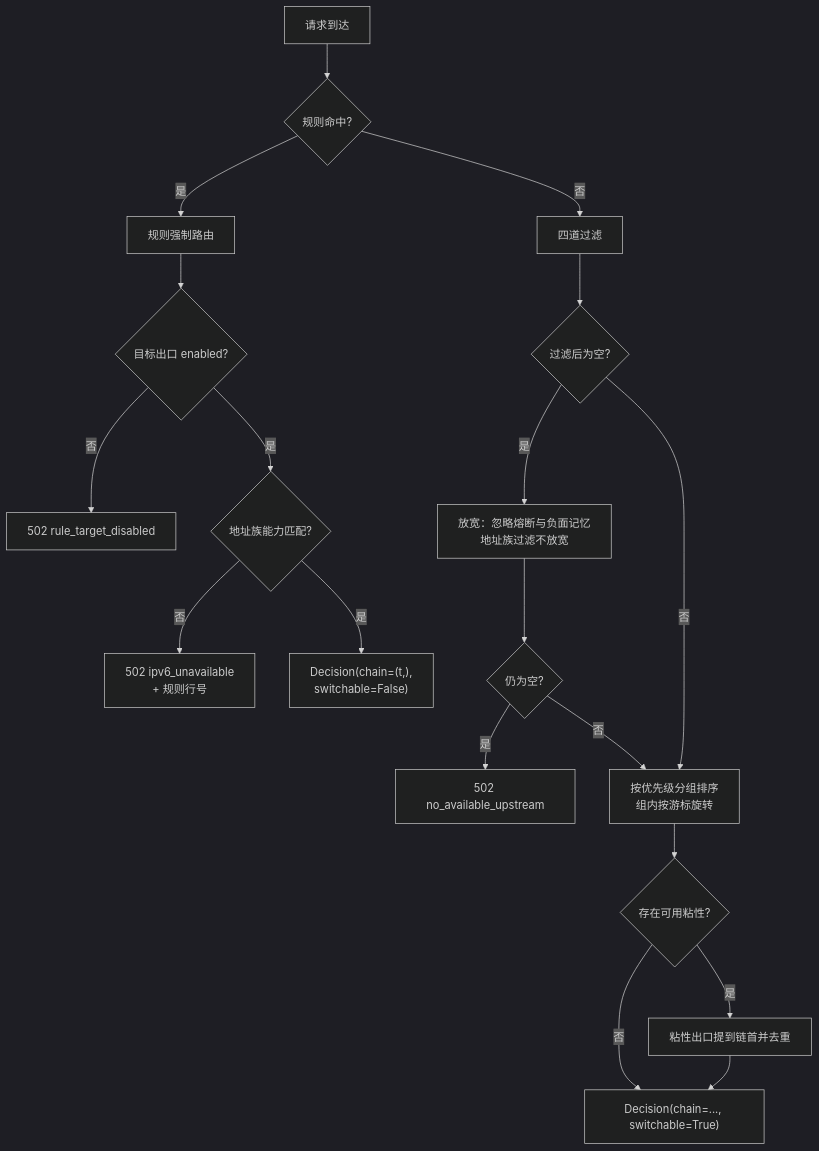
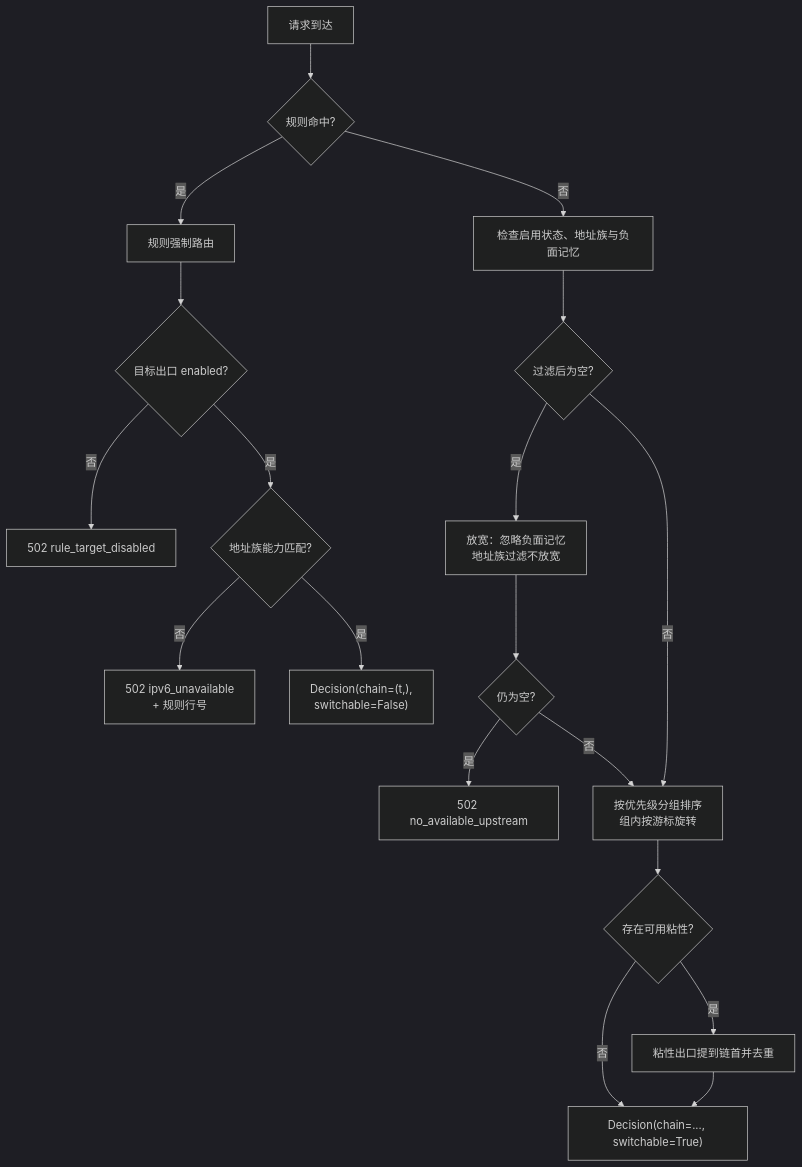
Before and after one commit to zx2015/r_proxy: the first of 3 diagrams in docs/design/DD_ROUTING.md, drawn with Mermaid (dark theme). The commit also changed other lines of this file and 77 other files, not shown here.

````diff
--- a/docs/design/DD_ROUTING.md
+++ b/docs/design/DD_ROUTING.md
@@ -51,22 +54,22 @@
 ```mermaid
 flowchart TD
     A[请求到达] --> B{规则命中?}
     B -->|是| C[规则强制路由]
     C --> C1{目标出口 enabled?}
     C1 -->|否| C2[502 rule_target_disabled]
     C1 -->|是| C3{地址族能力匹配?}
     C3 -->|否| C4[502 ipv6_unavailable<br/>+ 规则行号]
     C3 -->|是| C5["Decision(chain=(t,),<br/>switchable=False)"]
 
-    B -->|否| D[四道过滤]
+    B -->|否| D[检查启用状态、地址族与负面记忆]
     D --> E{过滤后为空?}
-    E -->|是| F[放宽：忽略熔断与负面记忆<br/>地址族过滤不放宽]
+    E -->|是| F[放宽：忽略负面记忆<br/>地址族过滤不放宽]
     F --> G{仍为空?}
     G -->|是| H[502 no_available_upstream]
     G -->|否| I
     E -->|否| I[按优先级分组排序<br/>组内按游标旋转]
     I --> J{存在可用粘性?}
     J -->|是| K[粘性出口提到链首并去重]
     J -->|否| L
     K --> L["Decision(chain=..., switchable=True)"]
 ```
````
